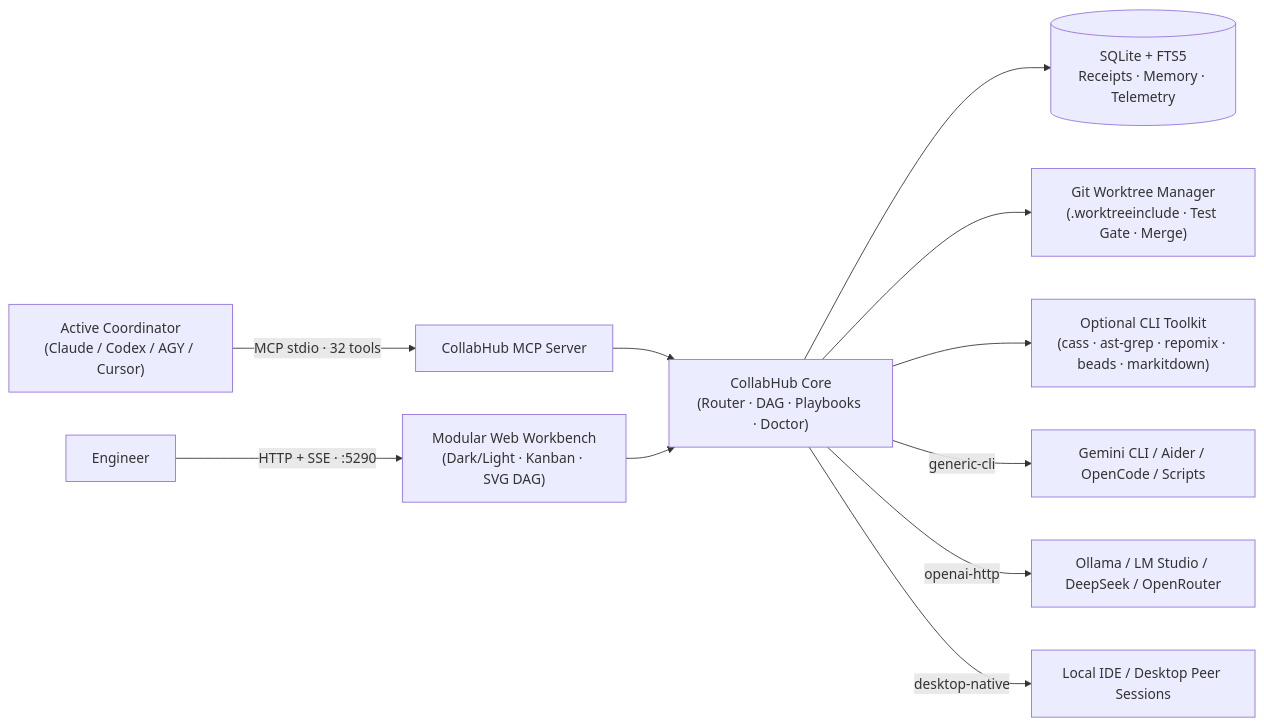
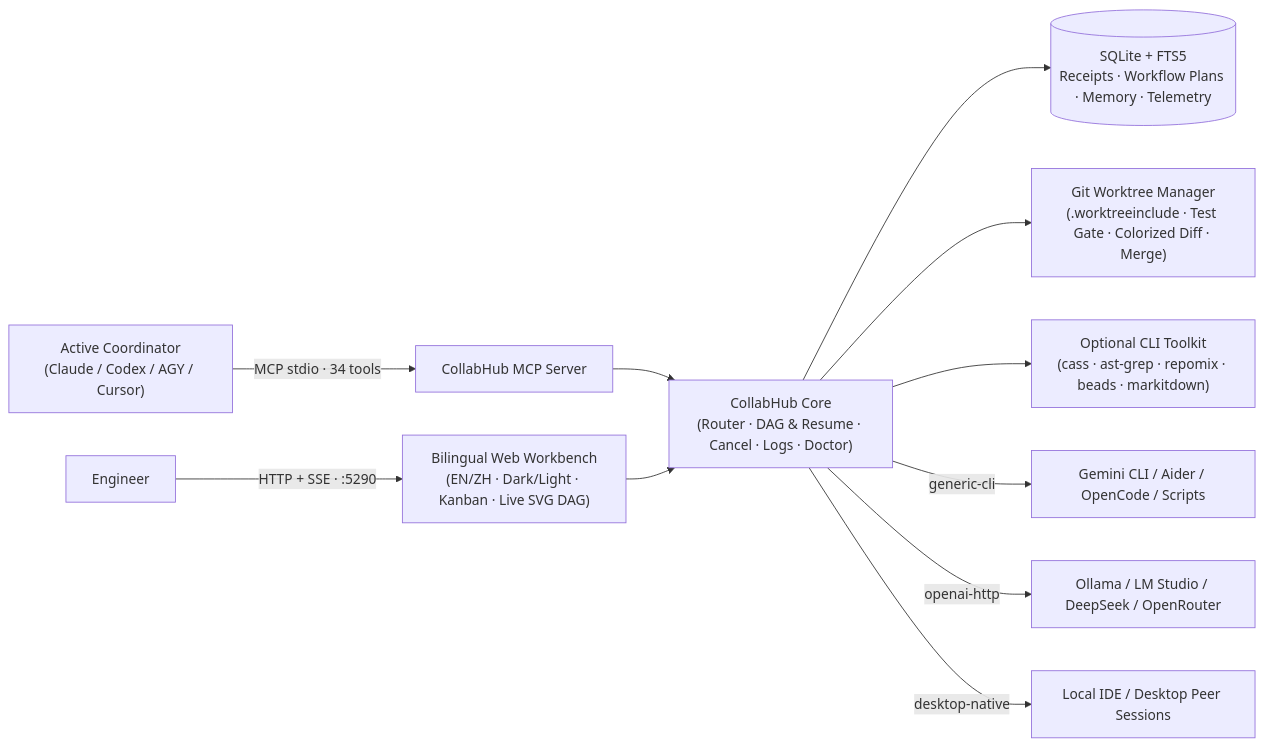
One commit to mortal7520/collab-hub changed the diagram in README.md. Above: the diagram before and after it, drawn with Mermaid. The commit also changed other lines of this file and 15 other files, not shown here.

Commit message:
feat(v1.2.0): fix Codex P1 audit findings, polish bilingual topbar, add EN/Live screenshots & docs

````diff
--- a/README.md
+++ b/README.md
@@ -98,16 +114,16 @@
 ```mermaid
 flowchart LR
-  Host["Active Coordinator\n(Claude / Codex / AGY / Cursor)"] -->|MCP stdio · 32 tools| MCP["CollabHub MCP Server"]
-  User["Engineer"] -->|HTTP + SSE · :5290| UI["Modular Web Workbench\n(Dark/Light · Kanban · SVG DAG)"]
+  Host["Active Coordinator\n(Claude / Codex / AGY / Cursor)"] -->|MCP stdio · 34 tools| MCP["CollabHub MCP Server"]
+  User["Engineer"] -->|HTTP + SSE · :5290| UI["Bilingual Web Workbench\n(EN/ZH · Dark/Light · Kanban · Live SVG DAG)"]
 
-  MCP --> Core["CollabHub Core\n(Router · DAG · Playbooks · Doctor)"]
+  MCP --> Core["CollabHub Core\n(Router · DAG & Resume · Cancel · Logs · Doctor)"]
   UI --> Core
 
-  Core --> DB[("SQLite + FTS5\nReceipts · Memory · Telemetry")]
-  Core --> WT["Git Worktree Manager\n(.worktreeinclude · Test Gate · Merge)"]
+  Core --> DB[("SQLite + FTS5\nReceipts · Workflow Plans · Memory · Telemetry")]
+  Core --> WT["Git Worktree Manager\n(.worktreeinclude · Test Gate · Colorized Diff · Merge)"]
   Core --> TK["Optional CLI Toolkit\n(cass · ast-grep · repomix · beads · markitdown)"]
 
   Core -->|generic-cli| CLI["Gemini CLI / Aider / OpenCode / Scripts"]
   Core -->|openai-http| HTTP["Ollama / LM Studio / DeepSeek / OpenRouter"]
   Core -->|desktop-native| Native["Local IDE / Desktop Peer Sessions"]
 ```
````
